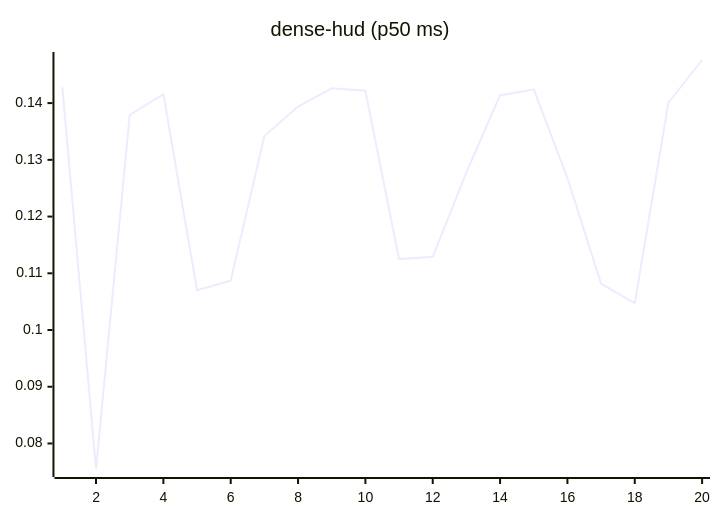
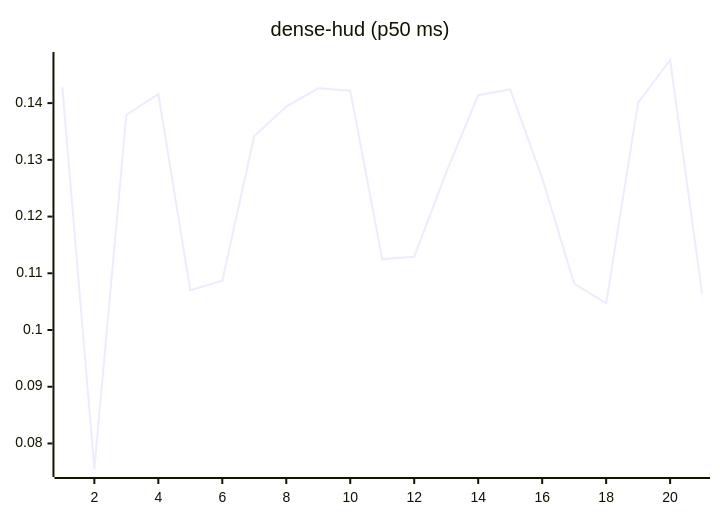
The eighth of 27 diagrams in README.md (josha/Facet), drawn with Mermaid before and after one commit. The commit also changed other lines of this file and 2 other files, not shown here.

````diff
--- a/README.md
+++ b/README.md
@@ -112,6 +112,6 @@
 ```mermaid
 xychart-beta
     title "dense-hud (p50 ms)"
-    x-axis 1 --> 20
-    line [0.1428, 0.0755, 0.1379, 0.1416, 0.1070, 0.1087, 0.1342, 0.1394, 0.1426, 0.1422, 0.1125, 0.1129, 0.1278, 0.1414, 0.1424, 0.1268, 0.1082, 0.1047, 0.1401, 0.1476]
+    x-axis 1 --> 21
+    line [0.1428, 0.0755, 0.1379, 0.1416, 0.1070, 0.1087, 0.1342, 0.1394, 0.1426, 0.1422, 0.1125, 0.1129, 0.1278, 0.1414, 0.1424, 0.1268, 0.1082, 0.1047, 0.1401, 0.1476, 0.1064]
 ```
````
